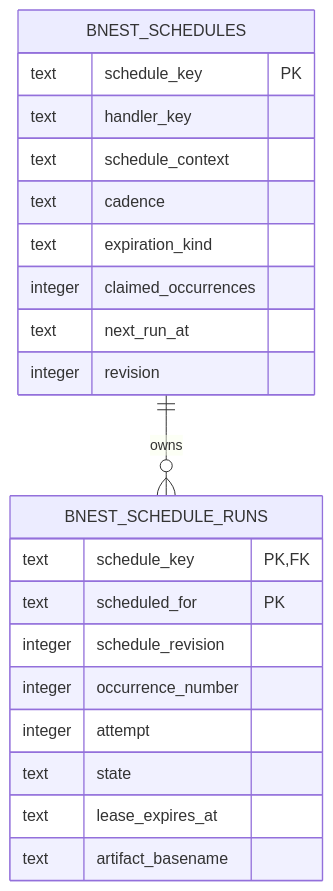
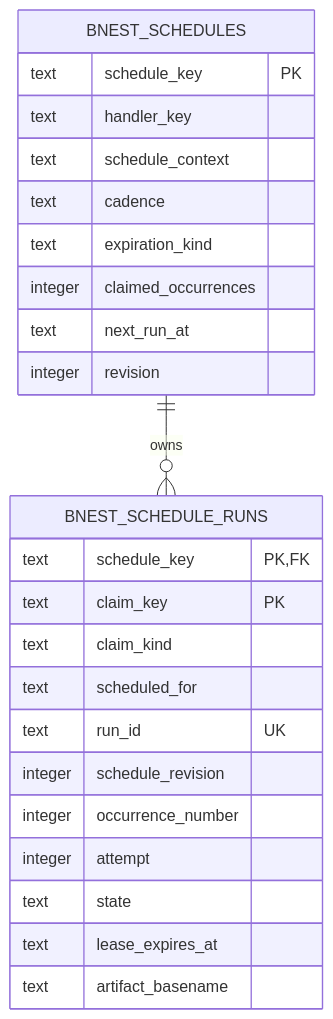
The second of 3 diagrams in plans/backlogs/bnest-daily-backups-and-schedules/tech-docs.md (wahidyankf/beaver-nest), drawn with Mermaid before and after one commit. The commit also changed other lines of this file and 3 other files, not shown here.

````diff
--- a/plans/backlogs/bnest-daily-backups-and-schedules/tech-docs.md
+++ b/plans/backlogs/bnest-daily-backups-and-schedules/tech-docs.md
@@ -74,27 +81,30 @@
 ```mermaid
 erDiagram
     direction TB
     BNEST_SCHEDULES ||--o{ BNEST_SCHEDULE_RUNS : owns
 
     BNEST_SCHEDULES {
         text schedule_key PK
         text handler_key
         text schedule_context
         text cadence
         text expiration_kind
         integer claimed_occurrences
         text next_run_at
         integer revision
     }
 
     BNEST_SCHEDULE_RUNS {
         text schedule_key PK, FK
-        text scheduled_for PK
+        text claim_key PK
+        text claim_kind
+        text scheduled_for
+        text run_id UK
         integer schedule_revision
         integer occurrence_number
         integer attempt
         text state
         text lease_expires_at
         text artifact_basename
     }
 ```
````
